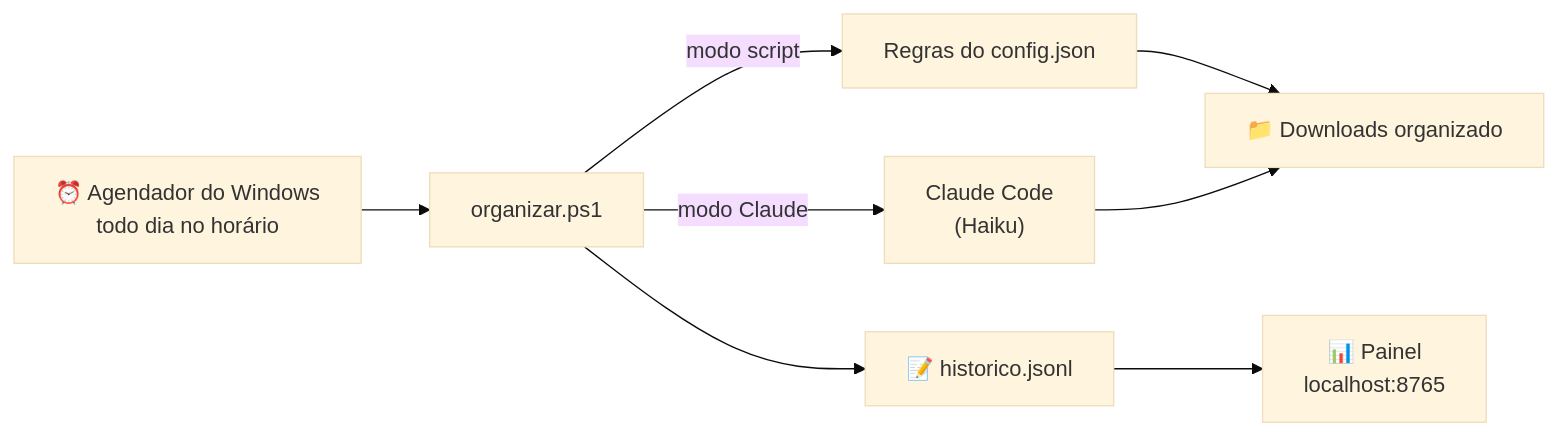
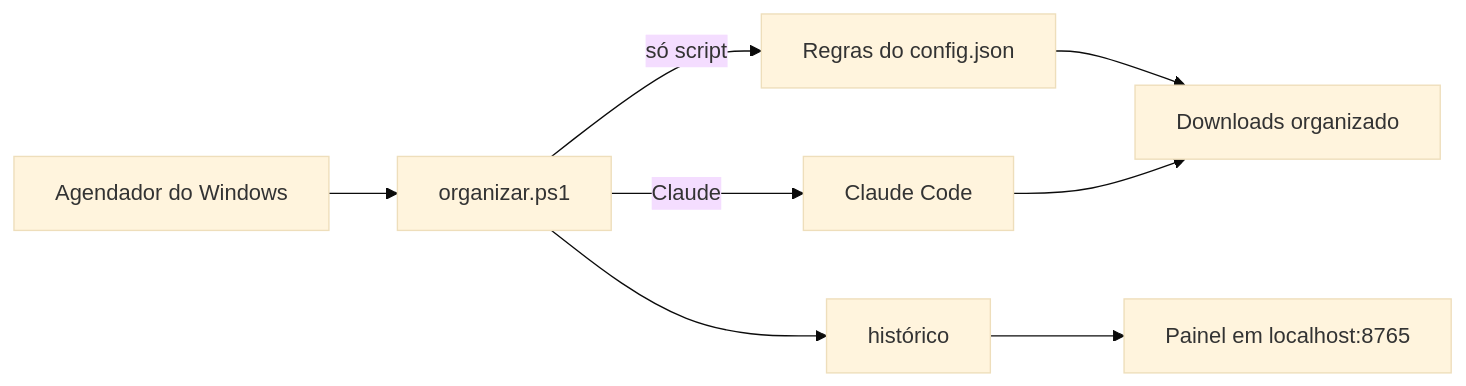
Before and after one commit to ArturoAndreatta/neatly: the diagram in README.md, drawn with Mermaid (base theme). The commit also changed other lines of this file and 17 other files, not shown here.

````diff
--- a/README.md
+++ b/README.md
@@ -120,10 +86,10 @@
 ```mermaid
 flowchart LR
-    A["⏰ Agendador do Windows<br/>todo dia no horário"] --> B["organizar.ps1"]
-    B -->|modo script| C["Regras do config.json"]
-    B -->|modo Claude| D["Claude Code<br/>(Haiku)"]
-    C --> E["📁 Downloads organizado"]
+    A["Agendador do Windows"] --> B["organizar.ps1"]
+    B -->|só script| C["Regras do config.json"]
+    B -->|Claude| D["Claude Code"]
+    C --> E["Downloads organizado"]
     D --> E
-    B --> F["📝 historico.jsonl"]
-    F --> G["📊 Painel<br/>localhost:8765"]
+    B --> F["histórico"]
+    F --> G["Painel em localhost:8765"]
 ```
````
